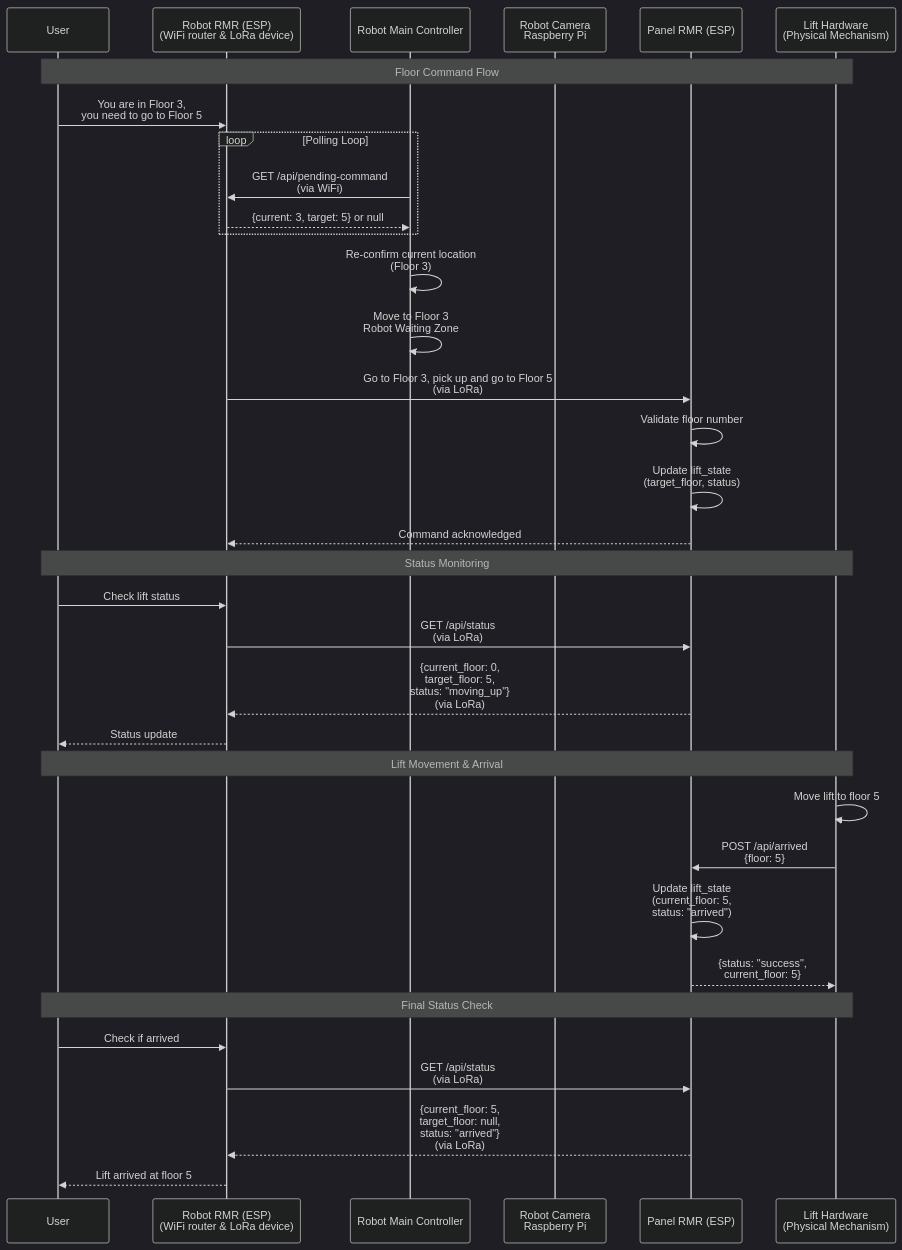
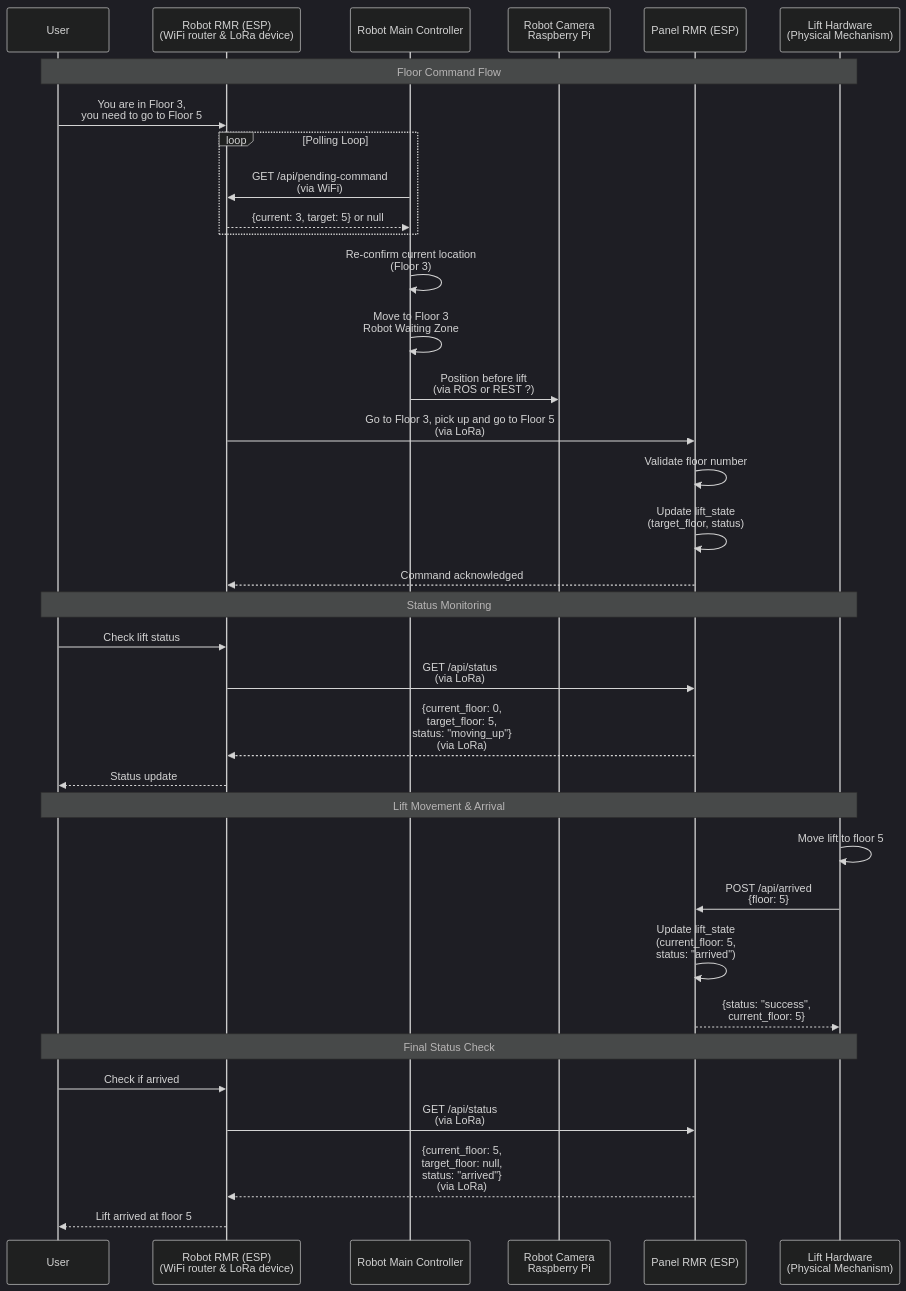
Before and after one commit to in-is-ah/rmr: the first of 2 diagrams in sequence_diagram.md, drawn with Mermaid (dark theme).

Commit message:
Add positioning message to CameraModule
Added a message from RobotMainController to CameraModule for positioning before lift.

````diff
--- a/sequence_diagram.md
+++ b/sequence_diagram.md
@@ -5,40 +5,41 @@
 ```mermaid
 sequenceDiagram
     participant User
     participant ClientPi as Robot RMR (ESP)<br/>(WiFi router & LoRa device)
     participant RobotMainController as Robot Main Controller
     participant CameraModule as Robot Camera<br/>Raspberry Pi
     participant LiftService as Panel RMR (ESP)
     participant LiftHardware as Lift Hardware<br/>(Physical Mechanism)
 
     Note over User,LiftHardware: Floor Command Flow
     User->>ClientPi: You are in Floor 3,<br/>you need to go to Floor 5
     loop Polling Loop
         RobotMainController->>ClientPi: GET /api/pending-command<br/>(via WiFi)
         ClientPi-->>RobotMainController: {current: 3, target: 5} or null
     end
     RobotMainController->>RobotMainController: Re-confirm current location<br/>(Floor 3)
     RobotMainController->>RobotMainController: Move to Floor 3<br/>Robot Waiting Zone
+    RobotMainController->>CameraModule: Position before lift<br/>(via ROS or REST ?)
     ClientPi->>LiftService: Go to Floor 3, pick up and go to Floor 5<br/>(via LoRa)
     LiftService->>LiftService: Validate floor number
     LiftService->>LiftService: Update lift_state<br/>(target_floor, status)
     LiftService-->>ClientPi: Command acknowledged
     
     Note over User,LiftHardware: Status Monitoring
     User->>ClientPi: Check lift status
     ClientPi->>LiftService: GET /api/status<br/>(via LoRa)
     LiftService-->>ClientPi: {current_floor: 0,<br/>target_floor: 5,<br/>status: "moving_up"}<br/>(via LoRa)
     ClientPi-->>User: Status update
     
     Note over User,LiftHardware: Lift Movement & Arrival
     LiftHardware->>LiftHardware: Move lift to floor 5
     LiftHardware->>LiftService: POST /api/arrived<br/>{floor: 5}
     LiftService->>LiftService: Update lift_state<br/>(current_floor: 5,<br/>status: "arrived")
     LiftService-->>LiftHardware: {status: "success",<br/>current_floor: 5}
     
     Note over User,LiftHardware: Final Status Check
     User->>ClientPi: Check if arrived
     ClientPi->>LiftService: GET /api/status<br/>(via LoRa)
     LiftService-->>ClientPi: {current_floor: 5,<br/>target_floor: null,<br/>status: "arrived"}<br/>(via LoRa)
     ClientPi-->>User: Lift arrived at floor 5
 ```
````
